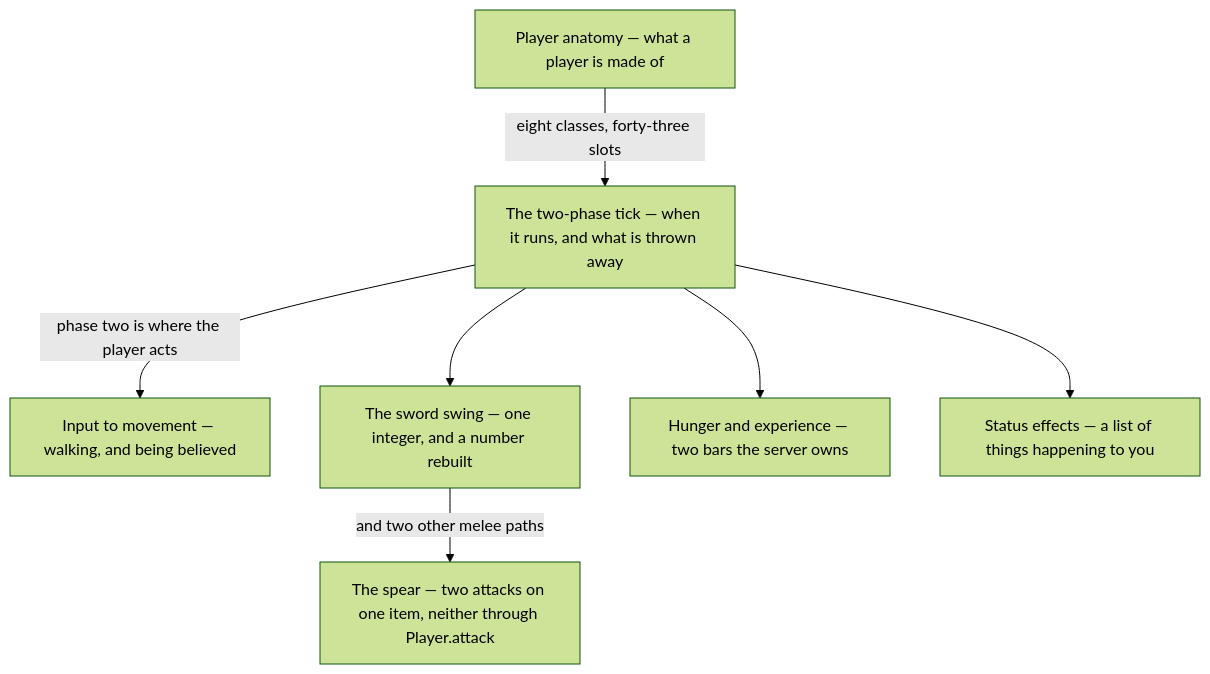
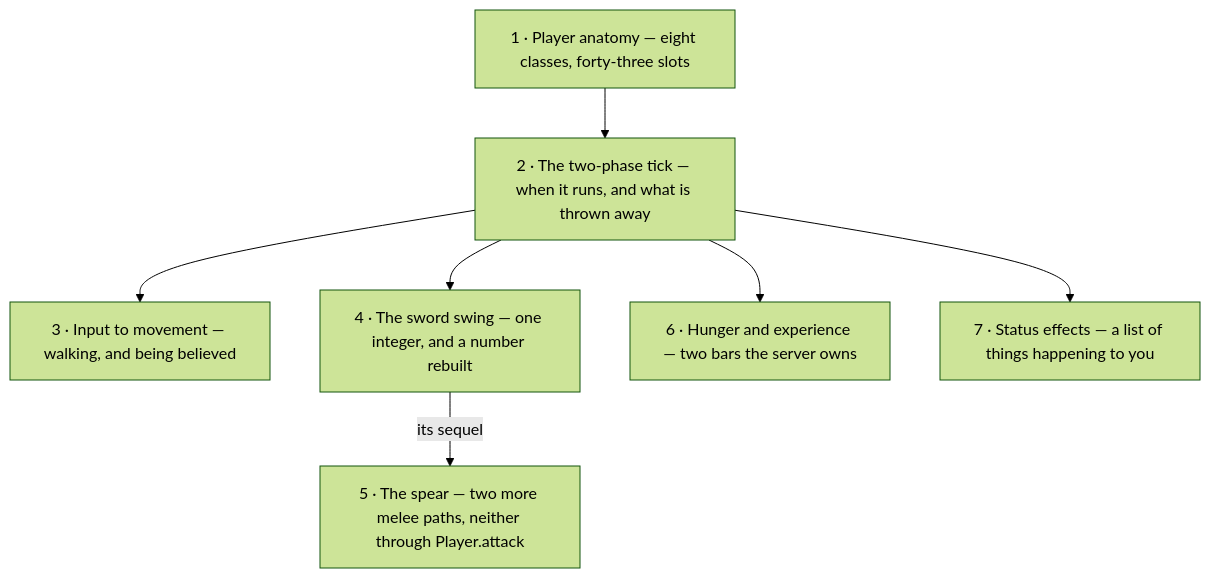
The diagram in src/systems/player/README.md (AlexanderjFraser/MinecraftDocs), drawn with Mermaid (forest theme) before and after one commit. The commit also changed other lines of this file and 12 other files, not shown here.

````diff
--- a/src/systems/player/README.md
+++ b/src/systems/player/README.md
@@ -30,16 +31,16 @@
 ```mermaid
 flowchart TD
-    PA["Player anatomy — what a player is made of"]
-    TT["The two-phase tick — when it runs, and what is thrown away"]
-    IM["Input to movement — walking, and being believed"]
-    SS["The sword swing — one integer, and a number rebuilt"]
-    SP["The spear — two attacks on one item, neither through Player.attack"]
-    HE["Hunger and experience — two bars the server owns"]
-    SE["Status effects — a list of things happening to you"]
-    PA -- "eight classes, forty-three slots" --> TT
-    TT -- "phase two is where the player acts" --> IM
+    PA["1 · Player anatomy — eight classes, forty-three slots"]
+    TT["2 · The two-phase tick — when it runs, and what is thrown away"]
+    IM["3 · Input to movement — walking, and being believed"]
+    SS["4 · The sword swing — one integer, and a number rebuilt"]
+    SP["5 · The spear — two more melee paths, neither through Player.attack"]
+    HE["6 · Hunger and experience — two bars the server owns"]
+    SE["7 · Status effects — a list of things happening to you"]
+    PA --> TT
+    TT --> IM
     TT --> SS
     TT --> HE
     TT --> SE
-    SS -- "and two other melee paths" --> SP
+    SS -- "its sequel" --> SP
 ```
````
